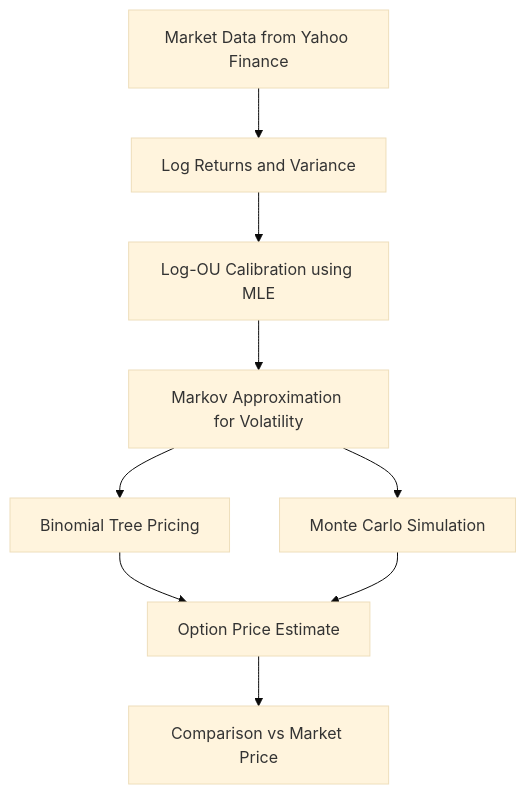
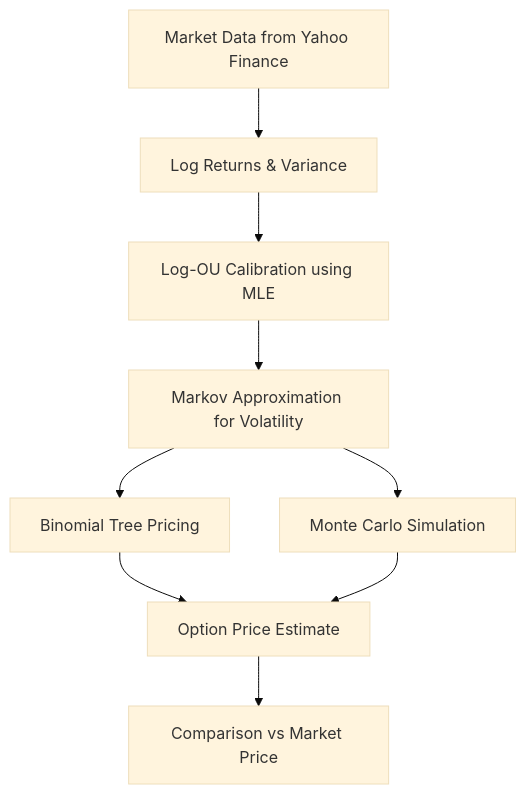
One commit to Scuplex/Binomial-pricing-model changed the diagram in README.md. Above: the diagram before and after it, drawn with Mermaid (base theme). The commit also changed other lines of this file, not shown here.

````diff
--- a/README.md
+++ b/README.md
@@ -23,11 +23,11 @@
 ```mermaid
 graph TD
-    A[Market Data from Yahoo Finance] --> B[Log Returns and Variance]
+    A[Market Data from Yahoo Finance] --> B[Log Returns & Variance]
     B --> C[Log-OU Calibration using MLE]
     C --> D[Markov Approximation for Volatility]
     D --> E1[Binomial Tree Pricing]
     D --> E2[Monte Carlo Simulation]
     E1 --> F[Option Price Estimate]
     E2 --> F[Option Price Estimate]
     F --> G[Comparison vs Market Price]
 ```
````
